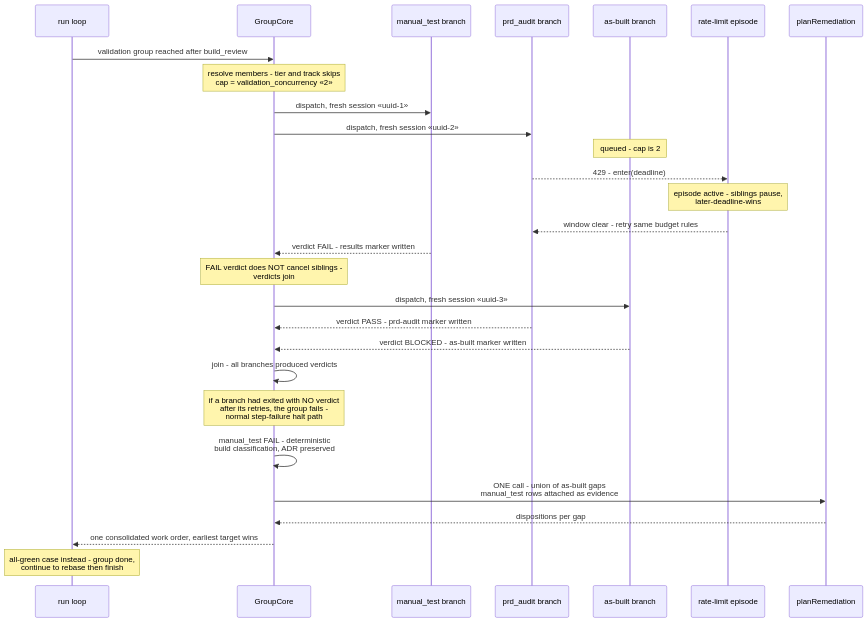
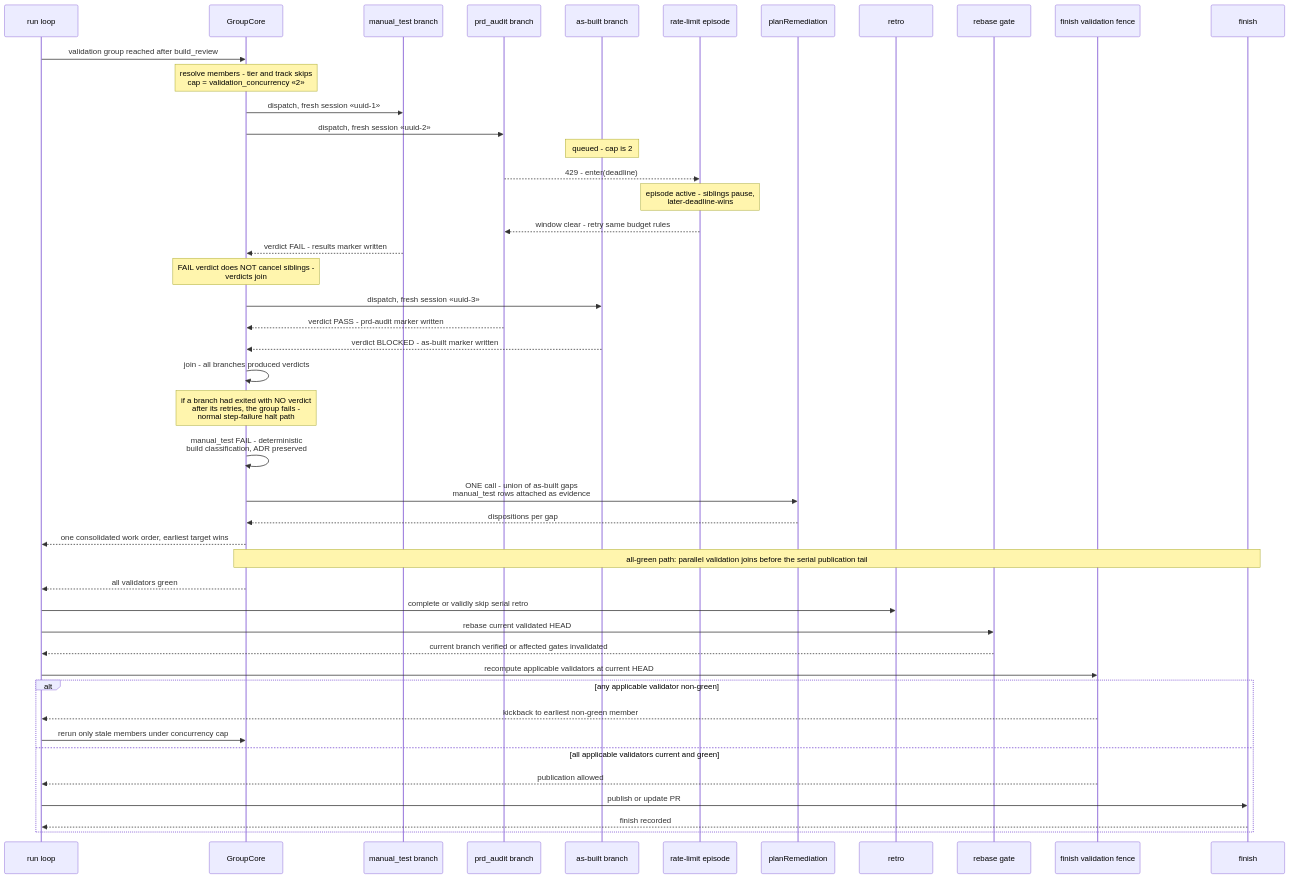
One commit to jstoup111/ai-conductor changed the diagram in .docs/architecture/sequences/parallel-validation-phase-fan-out-manual-test-prd-.md. Above: the diagram before and after it, drawn with Mermaid. The commit also changed other lines of this file and 15 other files, not shown here.

Commit message:
docs: specify fenced SHIP publication tail (#922)

````diff
--- a/.docs/architecture/sequences/parallel-validation-phase-fan-out-manual-test-prd-.md
+++ b/.docs/architecture/sequences/parallel-validation-phase-fan-out-manual-test-prd-.md
@@ -10,31 +10,48 @@
 ```mermaid
 sequenceDiagram
     participant RunLoop as run loop
     participant Core as GroupCore
     participant MT as manual_test branch
     participant PA as prd_audit branch
     participant AB as as-built branch
     participant Epi as rate-limit episode
     participant Rem as planRemediation
+    participant Retro as retro
+    participant Rebase as rebase gate
+    participant Fence as finish validation fence
+    participant Finish as finish
 
     RunLoop->>Core: validation group reached after build_review
     Note over Core: resolve members - tier and track skips<br/>cap = validation_concurrency «2»
     Core->>MT: dispatch, fresh session «uuid-1»
     Core->>PA: dispatch, fresh session «uuid-2»
     Note over AB: queued - cap is 2
     PA-->>Epi: 429 - enter(deadline)
     Note over Epi: episode active - siblings pause,<br/>later-deadline-wins
     Epi-->>PA: window clear - retry same budget rules
     MT-->>Core: verdict FAIL - results marker written
     Note over Core: FAIL verdict does NOT cancel siblings -<br/>verdicts join
     Core->>AB: dispatch, fresh session «uuid-3»
     PA-->>Core: verdict PASS - prd-audit marker written
     AB-->>Core: verdict BLOCKED - as-built marker written
     Core->>Core: join - all branches produced verdicts
     Note over Core: if a branch had exited with NO verdict<br/>after its retries, the group fails -<br/>normal step-failure halt path
     Core->>Core: manual_test FAIL - deterministic<br/>build classification, ADR preserved
     Core->>Rem: ONE call - union of as-built gaps<br/>manual_test rows attached as evidence
     Rem-->>Core: dispositions per gap
     Core-->>RunLoop: one consolidated work order, earliest target wins
-    Note over RunLoop: all-green case instead - group done,<br/>continue to rebase then finish
+    Note over Core,Finish: all-green path: parallel validation joins before the serial publication tail
+    Core-->>RunLoop: all validators green
+    RunLoop->>Retro: complete or validly skip serial retro
+    RunLoop->>Rebase: rebase current validated HEAD
+    Rebase-->>RunLoop: current branch verified or affected gates invalidated
+    RunLoop->>Fence: recompute applicable validators at current HEAD
+    alt any applicable validator non-green
+        Fence-->>RunLoop: kickback to earliest non-green member
+        RunLoop->>Core: rerun only stale members under concurrency cap
+    else all applicable validators current and green
+        Fence-->>RunLoop: publication allowed
+        RunLoop->>Finish: publish or update PR
+        Finish-->>RunLoop: finish recorded
+    end
 ```
````
